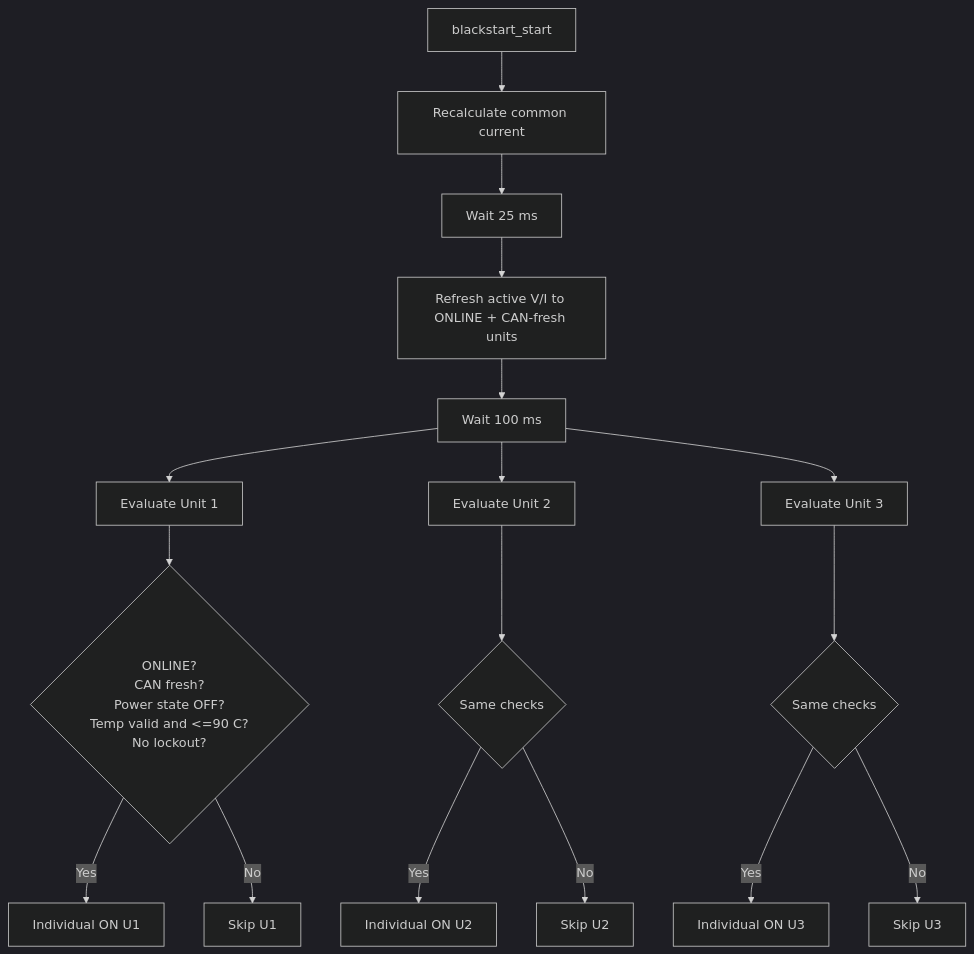
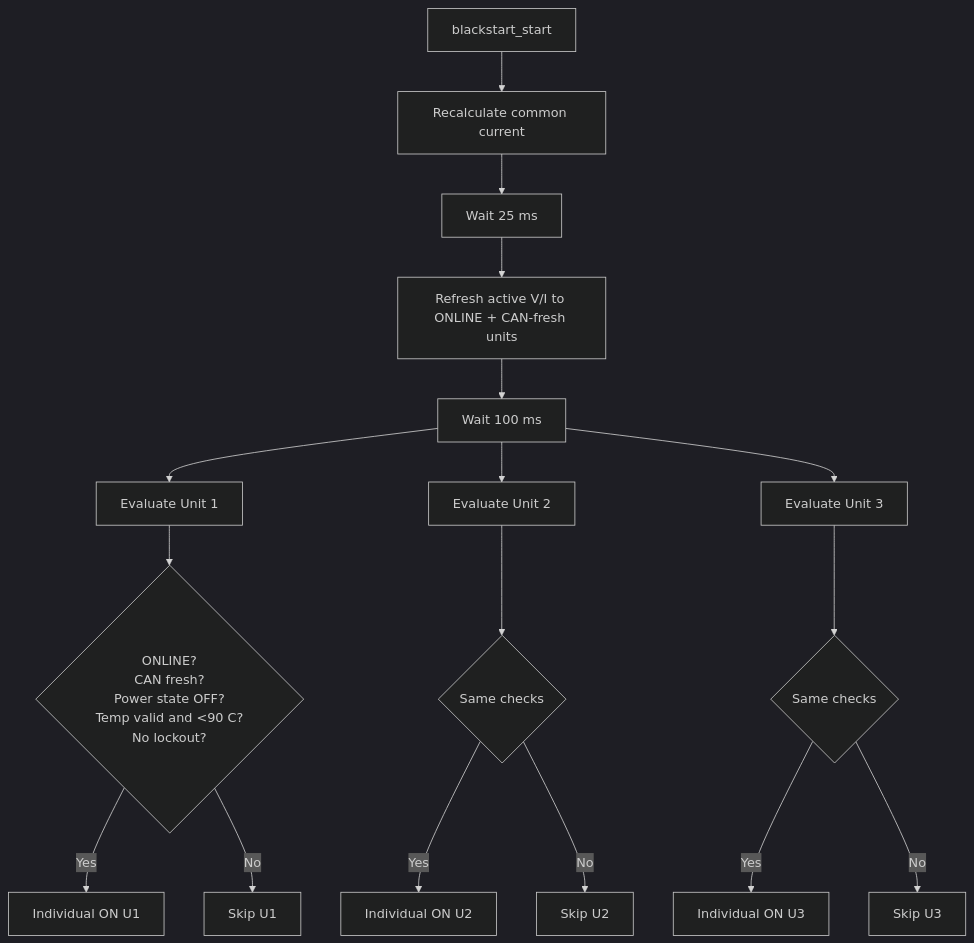
One commit to anwa/esphome-r4875g1-3phase-charger changed diagram 14 of 21 in R4875G1_CONTROL_FLOWS.md. Above: the diagram before and after it, drawn with Mermaid (dark theme). The commit also changed other lines of this file and 2 other files, not shown here.

````diff
--- a/R4875G1_CONTROL_FLOWS.md
+++ b/R4875G1_CONTROL_FLOWS.md
@@ -464,19 +460,19 @@
 ```mermaid
 flowchart TD
     A[blackstart_start] --> B[Recalculate common current]
     B --> C[Wait 25 ms]
     C --> D[Refresh active V/I to ONLINE + CAN-fresh units]
     D --> E[Wait 100 ms]
     E --> U1[Evaluate Unit 1]
     E --> U2[Evaluate Unit 2]
     E --> U3[Evaluate Unit 3]
-    U1 --> C1{ONLINE?<br/>CAN fresh?<br/>Power state OFF?<br/>Temp valid and <=90 C?<br/>No lockout?}
+    U1 --> C1{ONLINE?<br/>CAN fresh?<br/>Power state OFF?<br/>Temp valid and <90 C?<br/>No lockout?}
     U2 --> C2{Same checks}
     U3 --> C3{Same checks}
     C1 -- Yes --> ON1[Individual ON U1]
     C1 -- No --> S1[Skip U1]
     C2 -- Yes --> ON2[Individual ON U2]
     C2 -- No --> S2[Skip U2]
     C3 -- Yes --> ON3[Individual ON U3]
     C3 -- No --> S3[Skip U3]
 ```
````
